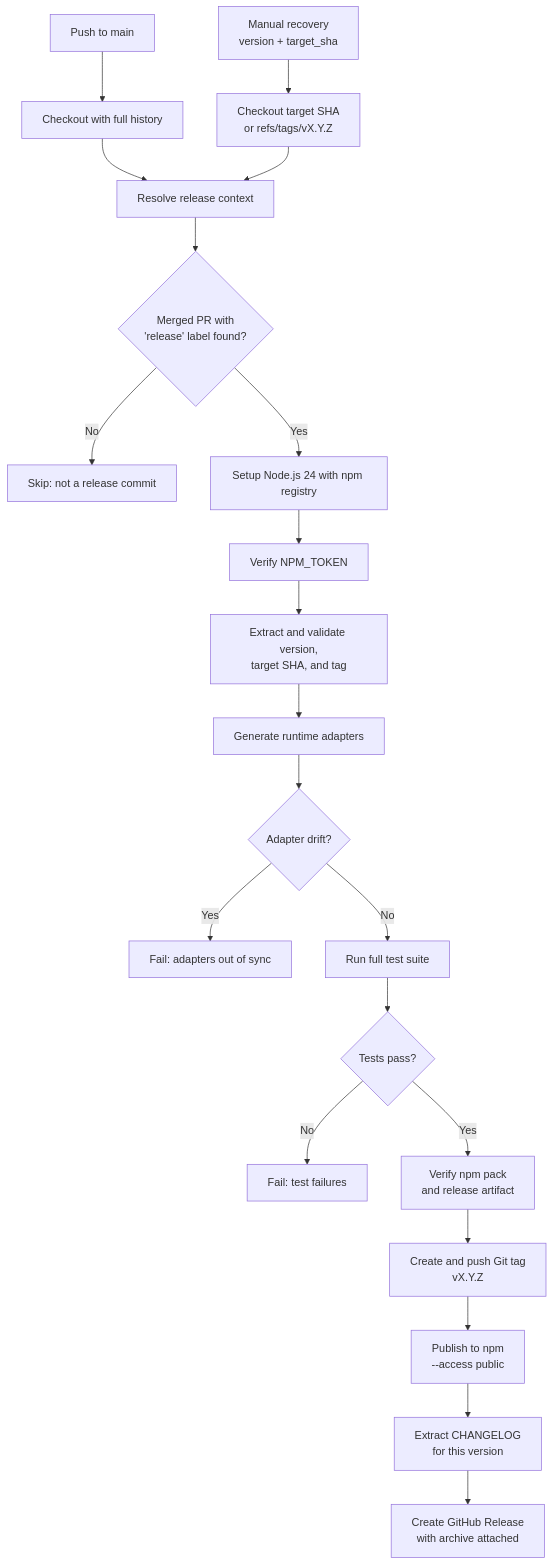
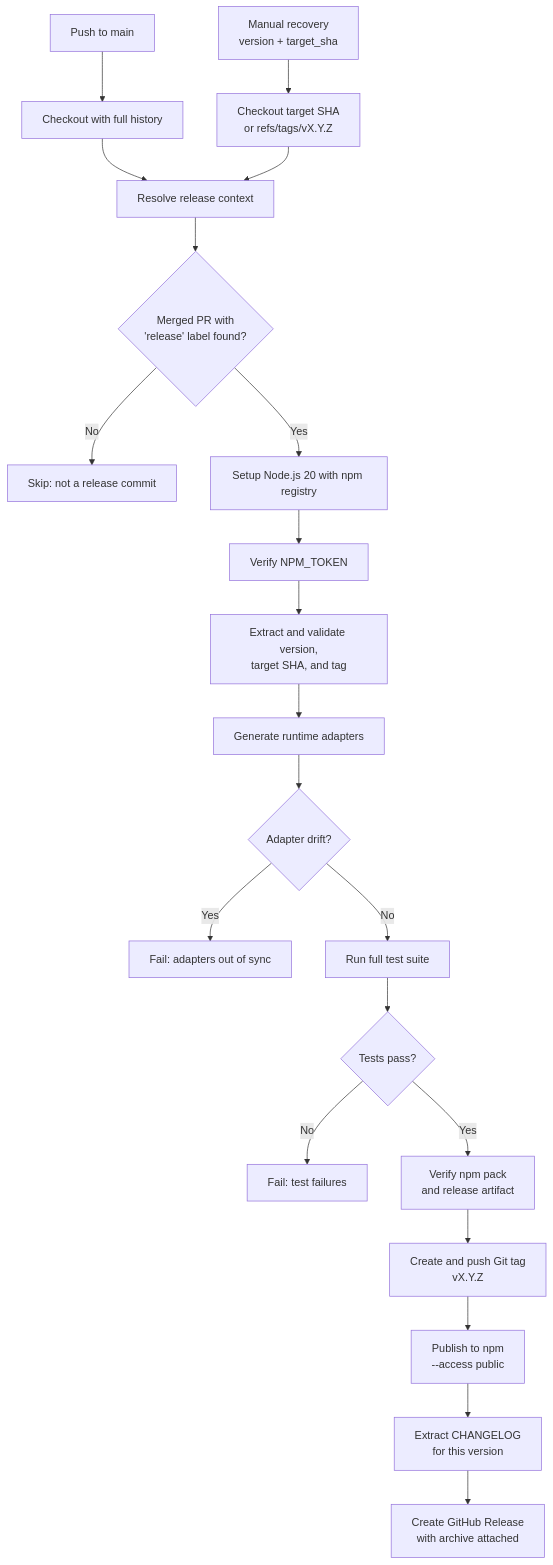
One commit to josstei/maestro-orchestrate changed the eighth of 10 diagrams in docs/cicd.md. Above: the diagram before and after it, drawn with Mermaid. The commit also changed other lines of this file and 742 other files, not shown here.

Commit message:
refactor: land typescript dist runtime architecture

````diff
--- a/docs/cicd.md
+++ b/docs/cicd.md
@@ -483,23 +483,23 @@
 ```mermaid
 graph TD
     A["Push to main"] --> B["Checkout with full history"]
     AA["Manual recovery<br/>version + target_sha"] --> BB["Checkout target SHA<br/>or refs/tags/vX.Y.Z"]
     B --> C["Resolve release context"]
     BB --> C
     C --> D{"Merged PR with<br/>'release' label found?"}
     D --> |"No"| E["Skip: not a release commit"]
-    D --> |"Yes"| F["Setup Node.js 24 with npm registry"]
+    D --> |"Yes"| F["Setup Node.js 20 with npm registry"]
     F --> G["Verify NPM_TOKEN"]
     G --> I["Extract and validate version,<br/>target SHA, and tag"]
     I --> J["Generate runtime adapters"]
     J --> K{"Adapter drift?"}
     K --> |"Yes"| L["Fail: adapters out of sync"]
     K --> |"No"| M["Run full test suite"]
     M --> N{"Tests pass?"}
     N --> |"No"| O["Fail: test failures"]
     N --> |"Yes"| P["Verify npm pack<br/>and release artifact"]
     P --> Q["Create and push Git tag<br/>vX.Y.Z"]
     Q --> R["Publish to npm<br/>--access public"]
     R --> S["Extract CHANGELOG<br/>for this version"]
     S --> T["Create GitHub Release<br/>with archive attached"]
 ```
````
